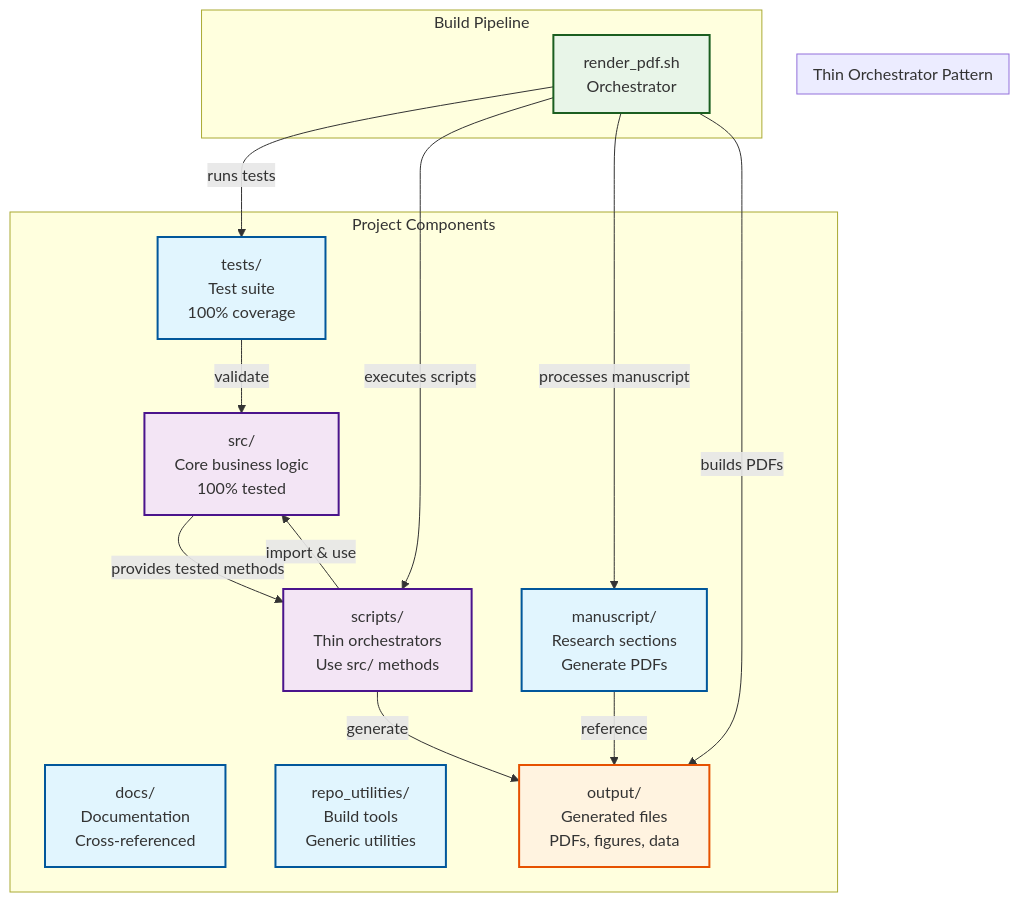
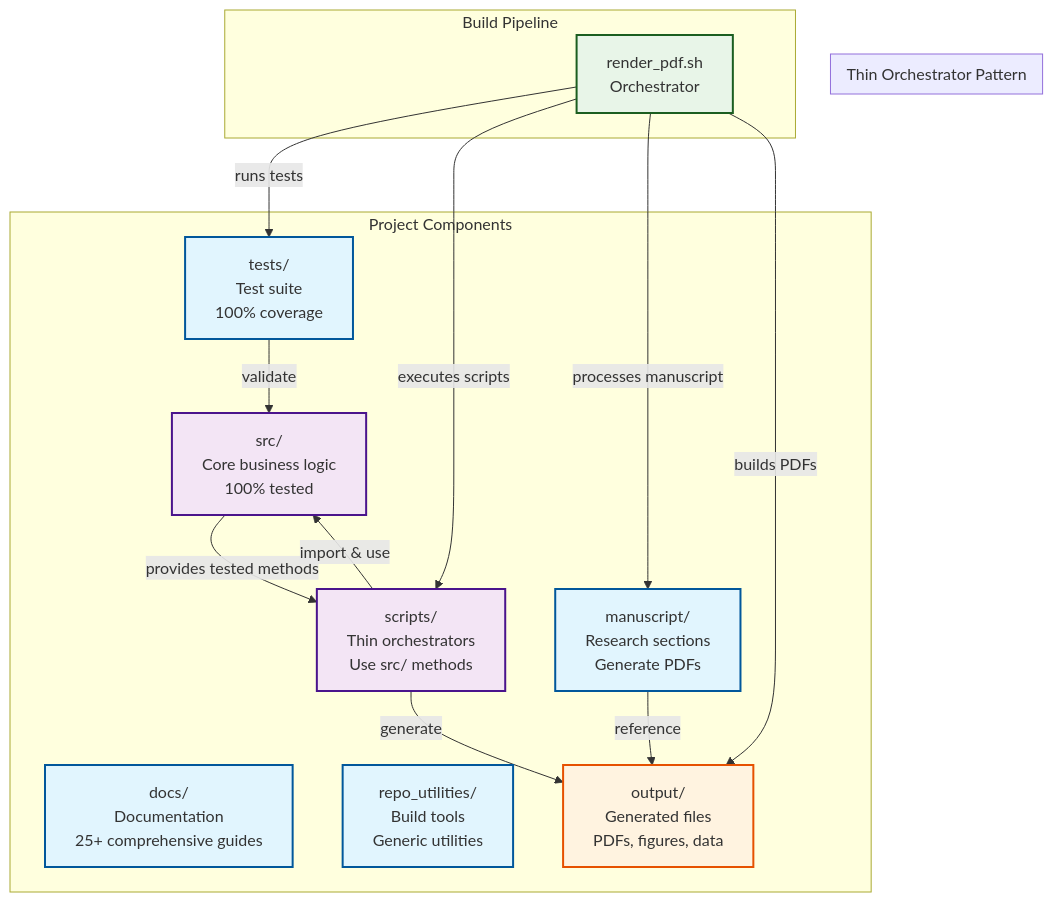
The fourth of 6 diagrams in README.md (docxology/template), drawn with Mermaid before and after one commit. The commit also changed other lines of this file, not shown here.

````diff
--- a/README.md
+++ b/README.md
@@ -36,38 +307,38 @@
 ```mermaid
 graph TB
     subgraph "Project Components"
         SRC[src/<br/>Core business logic<br/>100% tested]
         TESTS[tests/<br/>Test suite<br/>100% coverage]
         SCRIPTS[scripts/<br/>Thin orchestrators<br/>Use src/ methods]
-        MD[docs/<br/>Documentation<br/>Cross-referenced]
+        DOCS[docs/<br/>Documentation<br/>25+ comprehensive guides]
         MANUSCRIPT[manuscript/<br/>Research sections<br/>Generate PDFs]
         REPO_UTILS[repo_utilities/<br/>Build tools<br/>Generic utilities]
         OUTPUT[output/<br/>Generated files<br/>PDFs, figures, data]
     end
     
     subgraph "Thin Orchestrator Pattern"
         SRC -->|"provides tested methods"| SCRIPTS
         SCRIPTS -->|"import & use"| SRC
         SCRIPTS -->|"generate"| OUTPUT
         MANUSCRIPT -->|"reference"| OUTPUT
         TESTS -->|"validate"| SRC
     end
     
     subgraph "Build Pipeline"
         RENDER[render_pdf.sh<br/>Orchestrator]
         RENDER -->|"runs tests"| TESTS
         RENDER -->|"executes scripts"| SCRIPTS
         RENDER -->|"processes manuscript"| MANUSCRIPT
         RENDER -->|"builds PDFs"| OUTPUT
     end
     
     classDef core fill:#e1f5fe,stroke:#01579b,stroke-width:2px
     classDef pattern fill:#f3e5f5,stroke:#4a148c,stroke-width:2px
     classDef pipeline fill:#e8f5e8,stroke:#1b5e20,stroke-width:2px
     classDef output fill:#fff3e0,stroke:#e65100,stroke-width:2px
     
-    class SRC,TESTS,SCRIPTS,MD,MANUSCRIPT,REPO_UTILS core
+    class SRC,TESTS,SCRIPTS,DOCS,MANUSCRIPT,REPO_UTILS core
     class SRC,SCRIPTS pattern
     class RENDER pipeline
     class OUTPUT output
 ```
````
